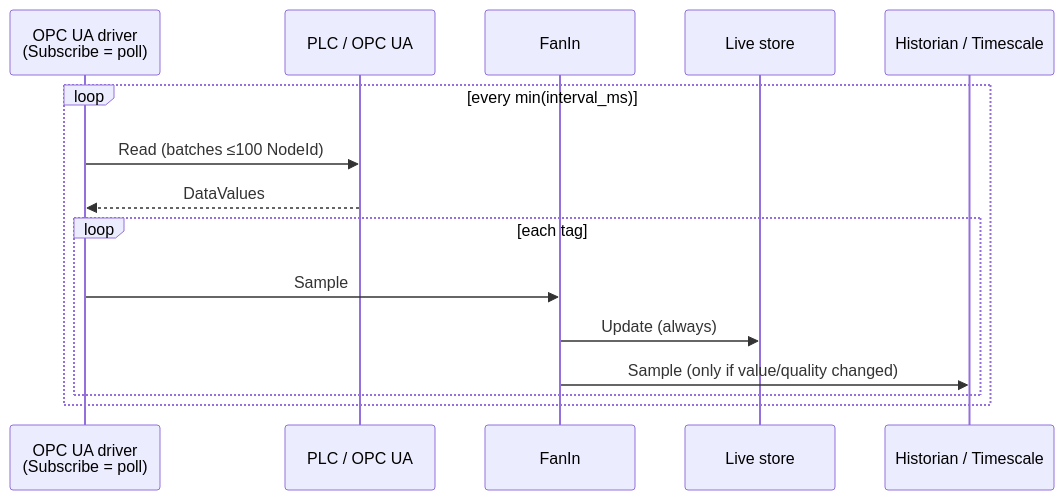
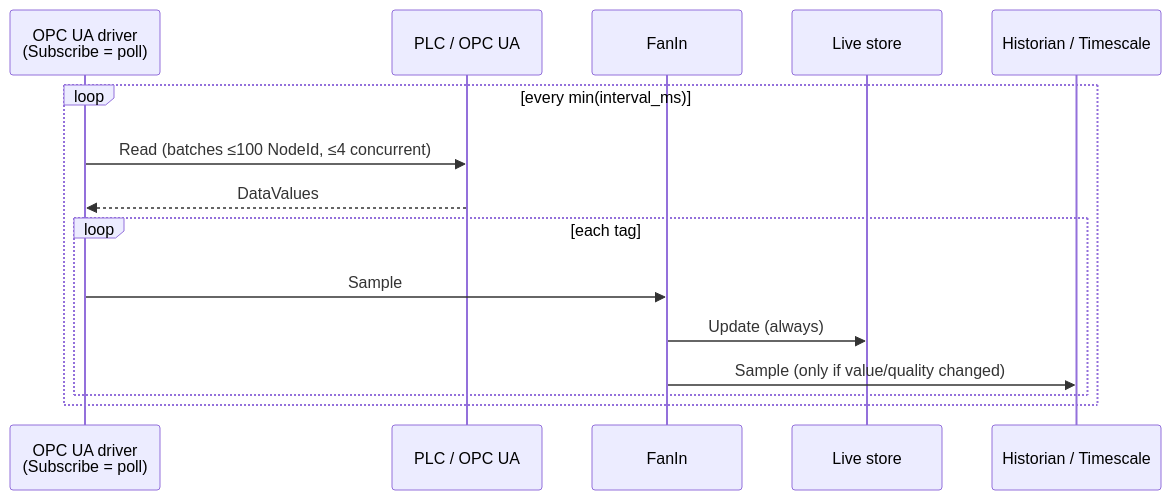
The first of 2 diagrams in docs/opc-subscription-mode.md (popelev/level2), drawn with Mermaid before and after one commit. The commit also changed other lines of this file, not shown here.

First line of the commit message:
Document OPC parallel Read poll performance (maxConcurrentReads).

````diff
--- a/docs/opc-subscription-mode.md
+++ b/docs/opc-subscription-mode.md
@@ -27,18 +27,18 @@
 ```mermaid
 sequenceDiagram
   participant Drv as OPC UA driver<br/>(Subscribe = poll)
   participant PLC as PLC / OPC UA
   participant Fan as FanIn
   participant Live as Live store
   participant Hist as Historian / Timescale
 
   loop every min(interval_ms)
-    Drv->>PLC: Read (batches ≤100 NodeId)
+    Drv->>PLC: Read (batches ≤100 NodeId, ≤4 concurrent)
     PLC-->>Drv: DataValues
     loop each tag
       Drv->>Fan: Sample
       Fan->>Live: Update (always)
       Fan->>Hist: Sample (only if value/quality changed)
     end
   end
 ```
````
